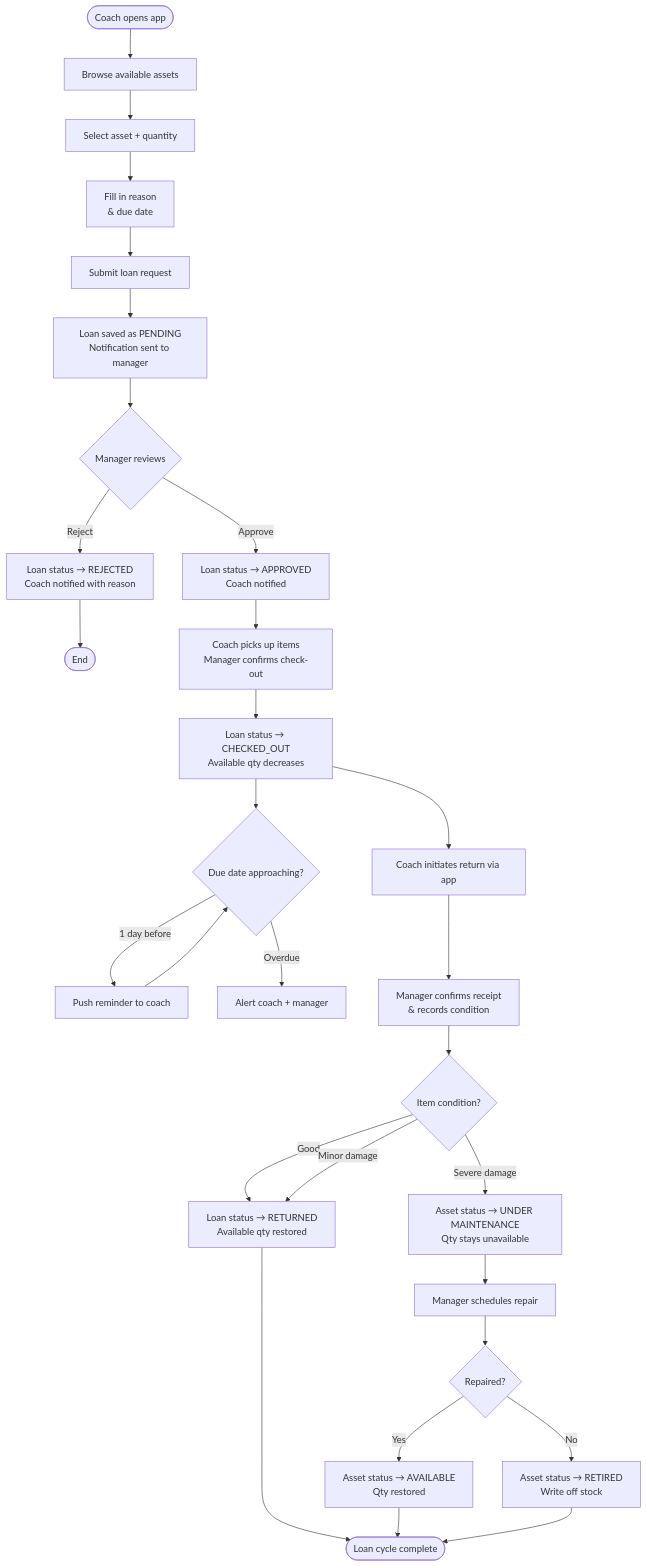
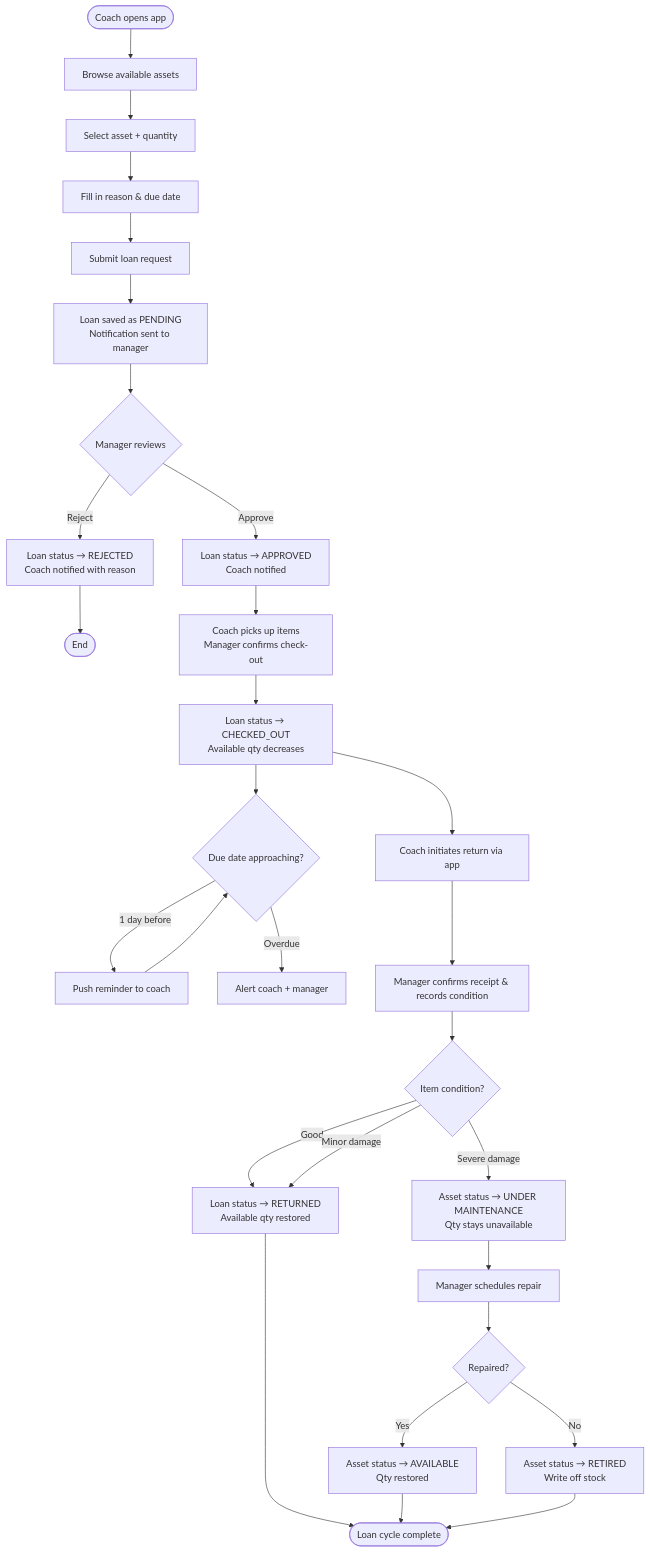
The sixth of 8 diagrams in docs/system-design.md (Hansenyao/sportstock), drawn with Mermaid before and after one commit. The commit also changed other lines of this file and 29 other files, not shown here.

````diff
--- a/docs/system-design.md
+++ b/docs/system-design.md
@@ -182,37 +230,37 @@
 ```mermaid
 flowchart TD
     A([Coach opens app]) --> B[Browse available assets]
     B --> C[Select asset + quantity]
-    C --> D[Fill in reason\n& due date]
+    C --> D[Fill in reason & due date]
     D --> E[Submit loan request]
     E --> F[Loan saved as PENDING\nNotification sent to manager]
 
     F --> G{Manager reviews}
     G -- Reject --> H[Loan status → REJECTED\nCoach notified with reason]
     H --> Z([End])
 
     G -- Approve --> I[Loan status → APPROVED\nCoach notified]
     I --> J[Coach picks up items\nManager confirms check-out]
     J --> K[Loan status → CHECKED_OUT\nAvailable qty decreases]
 
     K --> L{Due date approaching?}
     L -- 1 day before --> M[Push reminder to coach]
     M --> L
     L -- Overdue --> N[Alert coach + manager]
 
     K --> O[Coach initiates return via app]
-    O --> P[Manager confirms receipt\n& records condition]
+    O --> P[Manager confirms receipt & records condition]
 
     P --> Q{Item condition?}
     Q -- Good --> R[Loan status → RETURNED\nAvailable qty restored]
     Q -- Minor damage --> R
     Q -- Severe damage --> S[Asset status → UNDER MAINTENANCE\nQty stays unavailable]
 
     R --> Z2([Loan cycle complete])
     S --> T[Manager schedules repair]
     T --> U{Repaired?}
     U -- Yes --> V[Asset status → AVAILABLE\nQty restored]
     U -- No --> W[Asset status → RETIRED\nWrite off stock]
     V --> Z2
     W --> Z2
 ```
````
